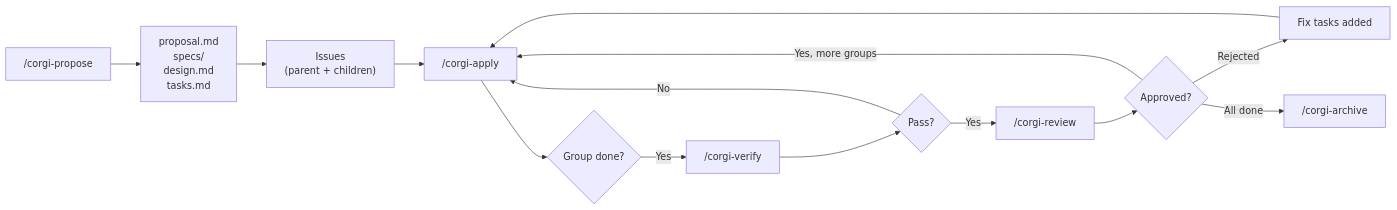
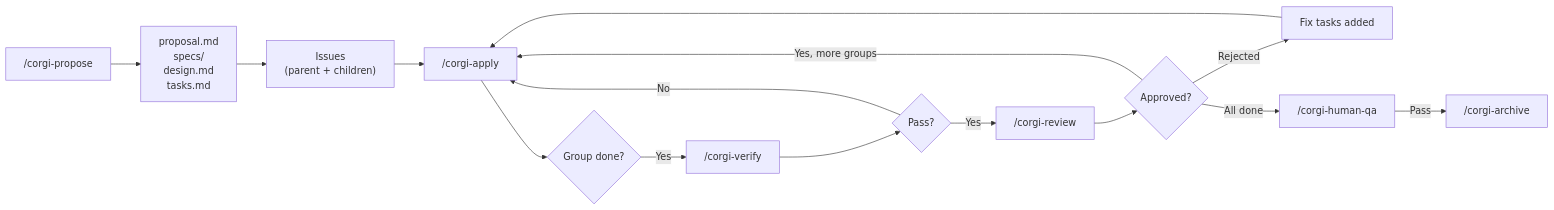
One commit to ricoyudog/Coding_Corgi_flow changed the first of 2 diagrams in README.md. Above: the diagram before and after it, drawn with Mermaid. The commit also changed other lines of this file, not shown here.

Commit message:
docs: add human QA phase to README — pipeline, commands table, comparison

````diff
--- a/README.md
+++ b/README.md
@@ -40,16 +40,17 @@
 ```mermaid
 flowchart LR
     A["/corgi-propose"] --> B["proposal.md\nspecs/\ndesign.md\ntasks.md"]
     B --> C["Issues\n(parent + children)"]
     C --> D["/corgi-apply"]
     D --> E{"Group done?"}
     E -->|Yes| F["/corgi-verify"]
     F --> G{"Pass?"}
     G -->|No| D
     G -->|Yes| H["/corgi-review"]
     H --> I{"Approved?"}
     I -->|Yes, more groups| D
     I -->|Rejected| J["Fix tasks added"]
     J --> D
-    I -->|All done| K["/corgi-archive"]
+    I -->|All done| K["/corgi-human-qa"]
+    K -->|Pass| L["/corgi-archive"]
 ```
````
